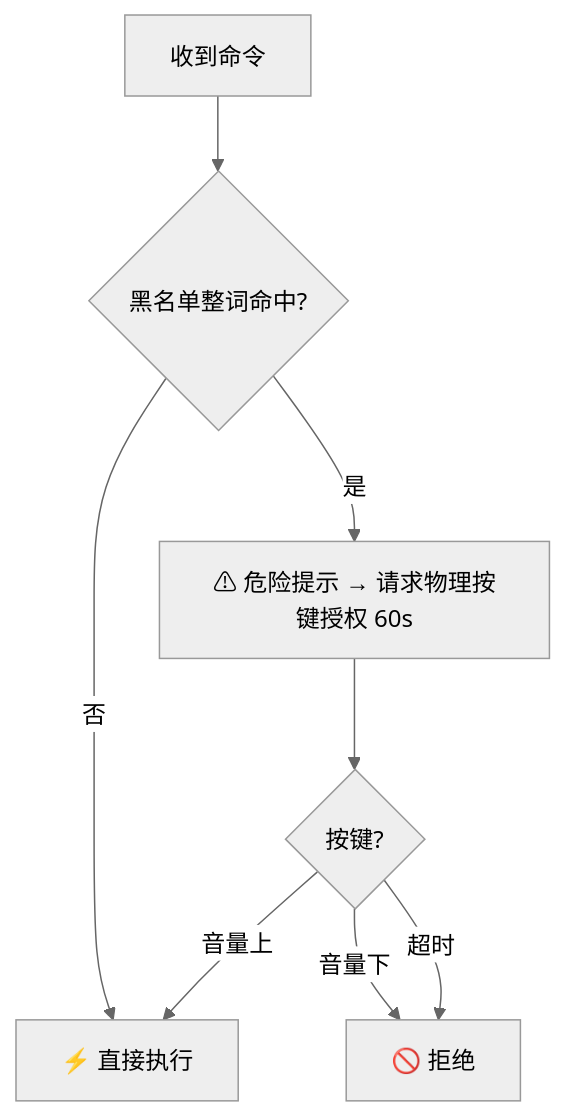
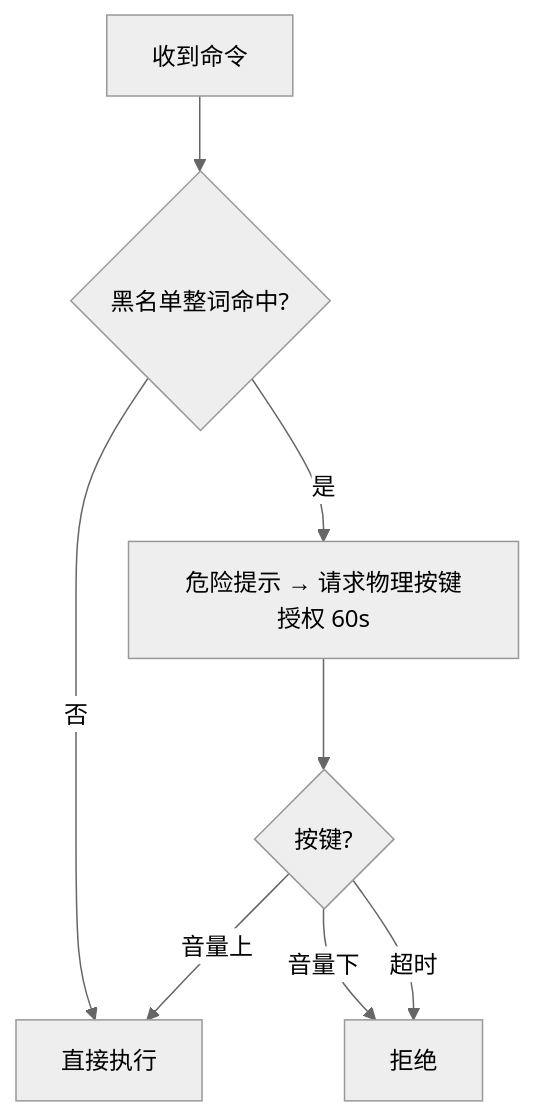
Before and after one commit to Xiyinnnnnn/Agent-For-Shell: the first of 2 diagrams in README.md, drawn with Mermaid (neutral theme). The commit also changed other lines of this file, not shown here.

````diff
--- a/README.md
+++ b/README.md
@@ -37,10 +37,10 @@
 ```mermaid
 flowchart TD
     A[收到命令] --> B{黑名单整词命中?}
-    B -- 否 --> C[⚡ 直接执行]
-    B -- 是 --> D[⚠ 危险提示 → 请求物理按键授权 60s]
+    B -- 否 --> C[直接执行]
+    B -- 是 --> D[危险提示 → 请求物理按键授权 60s]
     D --> E{按键?}
     E -- 音量上 --> C
-    E -- 音量下 --> F[🚫 拒绝]
+    E -- 音量下 --> F[拒绝]
     E -- 超时 --> F
 ```
````
